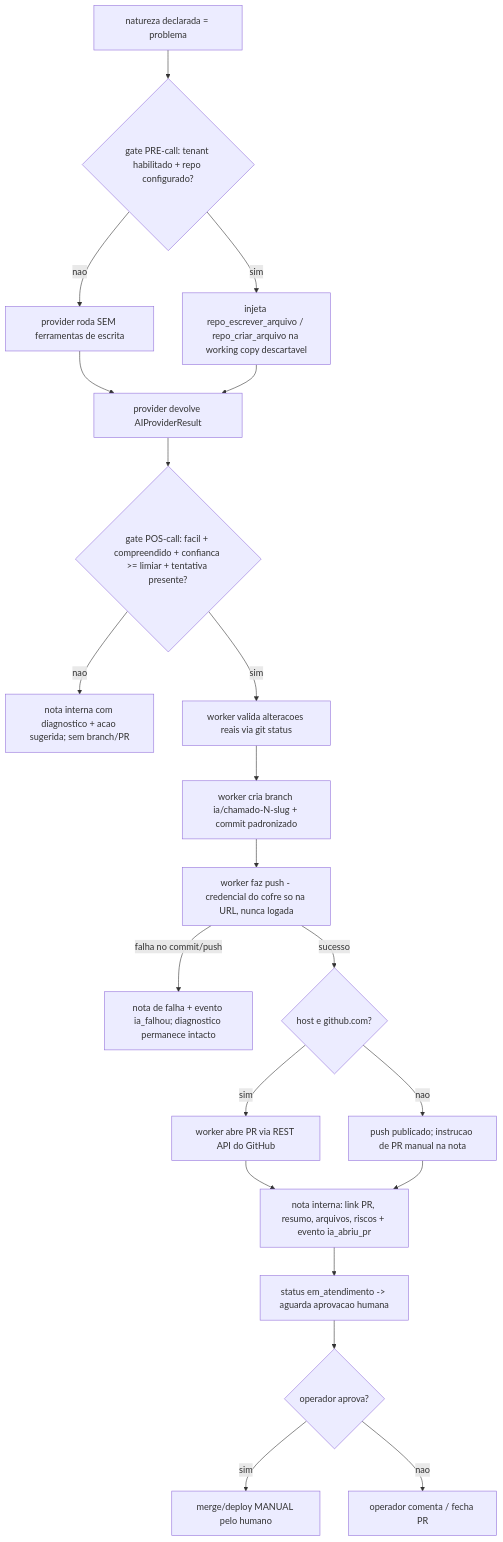
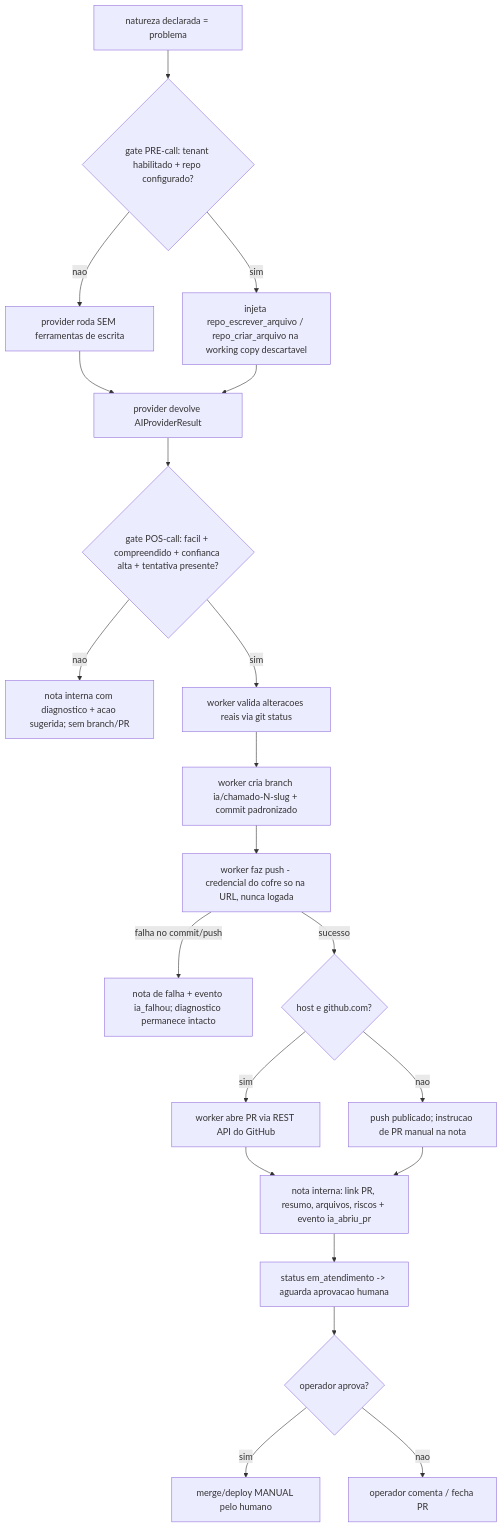
Before and after one commit to isaqueks/chamados: the second of 2 diagrams in specs/05-agente-ia.md, drawn with Mermaid. The commit also changed other lines of this file and 13 other files, not shown here.

First line of the commit message:
#26 D-025: confianca da analise categorica (baixa/media/alta), nunca numero

````diff
--- a/specs/05-agente-ia.md
+++ b/specs/05-agente-ia.md
@@ -287,23 +289,23 @@
 ```mermaid
 flowchart TD
     A[natureza declarada = problema] --> B{gate PRE-call: tenant habilitado + repo configurado?}
     B -- nao --> C[provider roda SEM ferramentas de escrita]
     B -- sim --> D[injeta repo_escrever_arquivo / repo_criar_arquivo na working copy descartavel]
     C --> E[provider devolve AIProviderResult]
     D --> E
-    E --> F{gate POS-call: facil + compreendido + confianca >= limiar + tentativa presente?}
+    E --> F{gate POS-call: facil + compreendido + confianca alta + tentativa presente?}
     F -- nao --> Z[nota interna com diagnostico + acao sugerida; sem branch/PR]
     F -- sim --> G[worker valida alteracoes reais via git status]
     G --> H[worker cria branch ia/chamado-N-slug + commit padronizado]
     H --> I[worker faz push - credencial do cofre so na URL, nunca logada]
     I -- falha no commit/push --> Y[nota de falha + evento ia_falhou; diagnostico permanece intacto]
     I -- sucesso --> J{host e github.com?}
     J -- sim --> K[worker abre PR via REST API do GitHub]
     J -- nao --> L[push publicado; instrucao de PR manual na nota]
     K --> M[nota interna: link PR, resumo, arquivos, riscos + evento ia_abriu_pr]
     L --> M
     M --> N[status em_atendimento -> aguarda aprovacao humana]
     N --> O{operador aprova?}
     O -- sim --> P[merge/deploy MANUAL pelo humano]
     O -- nao --> Q[operador comenta / fecha PR]
 ```
````
